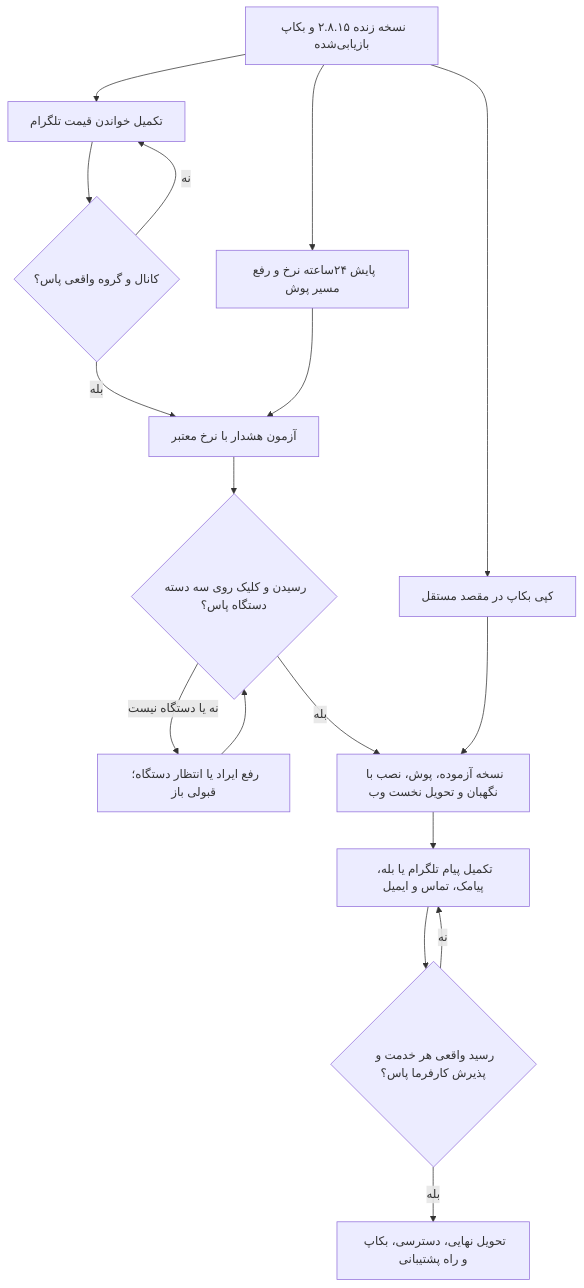
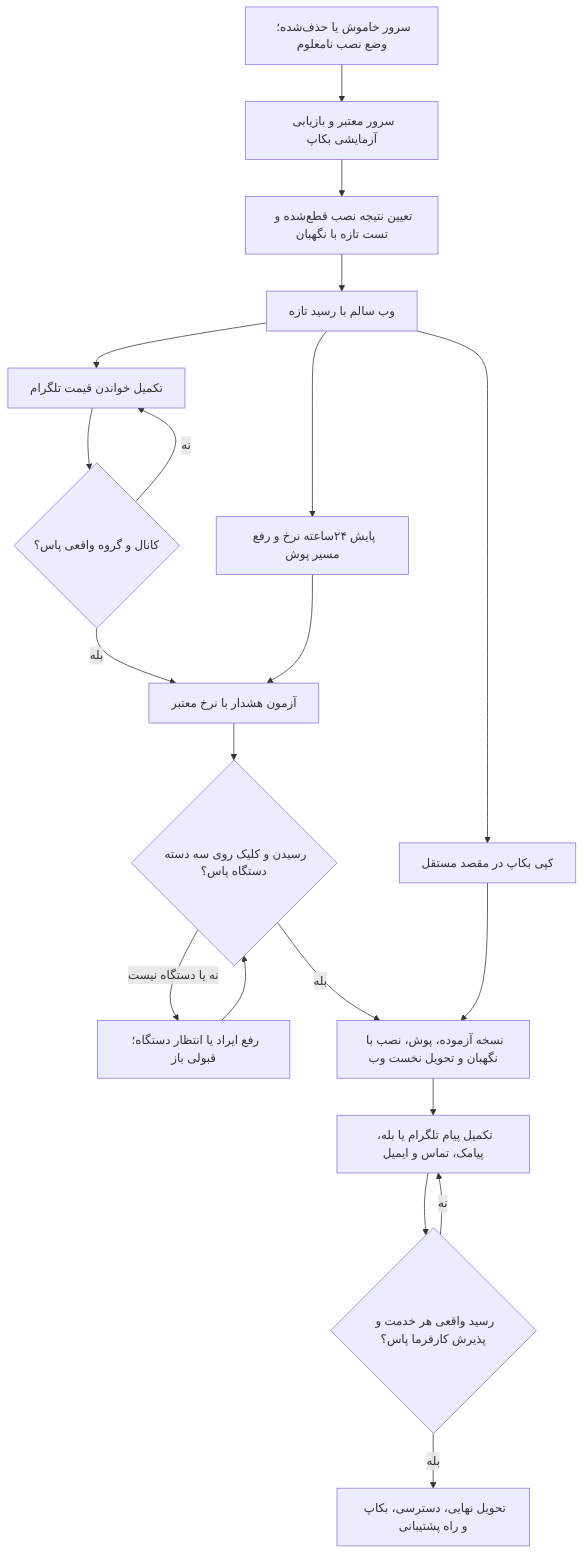
Before and after one commit to Ilia-Shakeri/Nerkhbaan: the first of 2 diagrams in docs/project-completion-roadmap-fa.md, drawn with Mermaid. The commit also changed other lines of this file and 9 other files, not shown here.

````diff
--- a/docs/project-completion-roadmap-fa.md
+++ b/docs/project-completion-roadmap-fa.md
@@ -40,19 +41,22 @@
 ```mermaid
 flowchart TD
-    A[نسخه زنده ۲.۸.۱۵ و بکاپ بازیابی‌شده] --> B[کپی بکاپ در مقصد مستقل]
+    S[سرور خاموش یا حذف‌شده؛ وضع نصب نامعلوم] --> R[سرور معتبر و بازیابی آزمایشی بکاپ]
+    R --> T[تعیین نتیجه نصب قطع‌شده و تست تازه با نگهبان]
+    T --> A[وب سالم با رسید تازه]
+    A --> B[کپی بکاپ در مقصد مستقل]
     A --> C[تکمیل خواندن قیمت تلگرام]
     A --> D[پایش ۲۴ساعته نرخ و رفع مسیر پوش]
     C --> E{کانال و گروه واقعی پاس؟}
     E -->|نه| C
     E -->|بله| F[آزمون هشدار با نرخ معتبر]
     D --> F
     F --> G{رسیدن و کلیک روی سه دسته دستگاه پاس؟}
     G -->|نه یا دستگاه نیست| H[رفع ایراد یا انتظار دستگاه؛ قبولی باز]
     H --> G
     G -->|بله| I[نسخه آزموده، پوش، نصب با نگهبان و تحویل نخست وب]
     B --> I
     I --> J[تکمیل پیام تلگرام یا بله، پیامک، تماس و ایمیل]
     J --> K{رسید واقعی هر خدمت و پذیرش کارفرما پاس؟}
     K -->|نه| J
     K -->|بله| L[تحویل نهایی، دسترسی، بکاپ و راه پشتیبانی]
 ```
````
